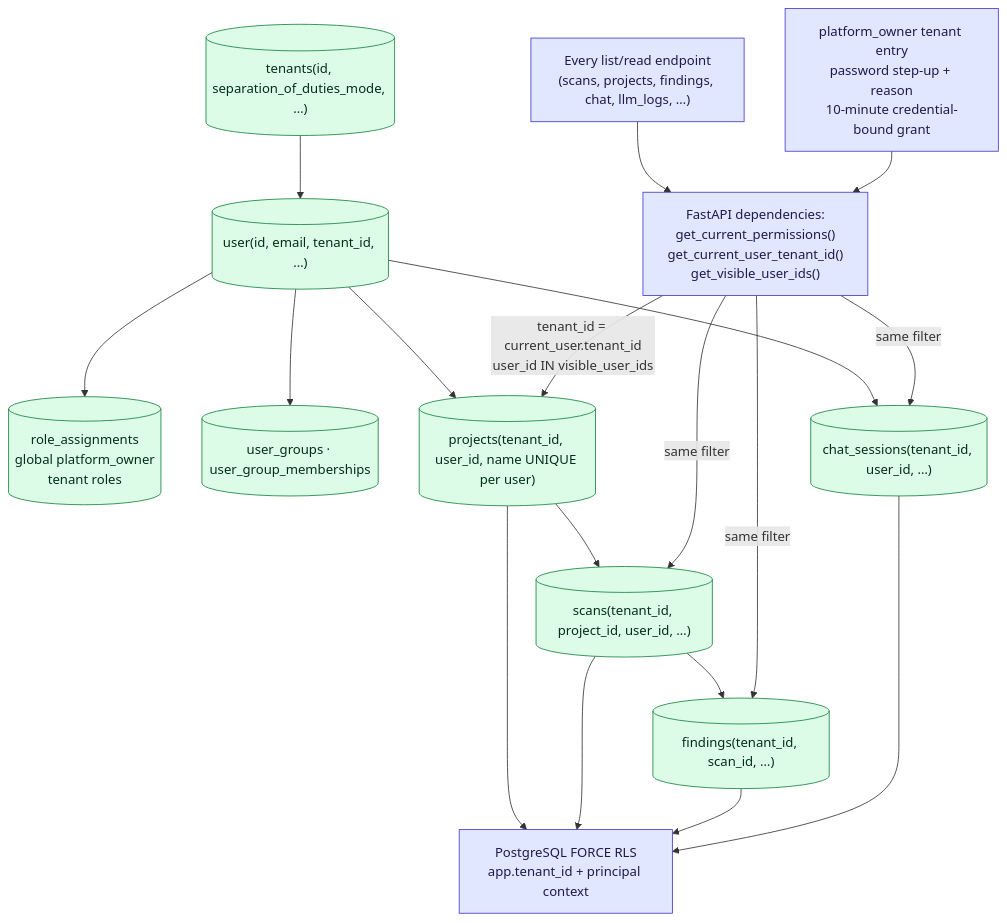
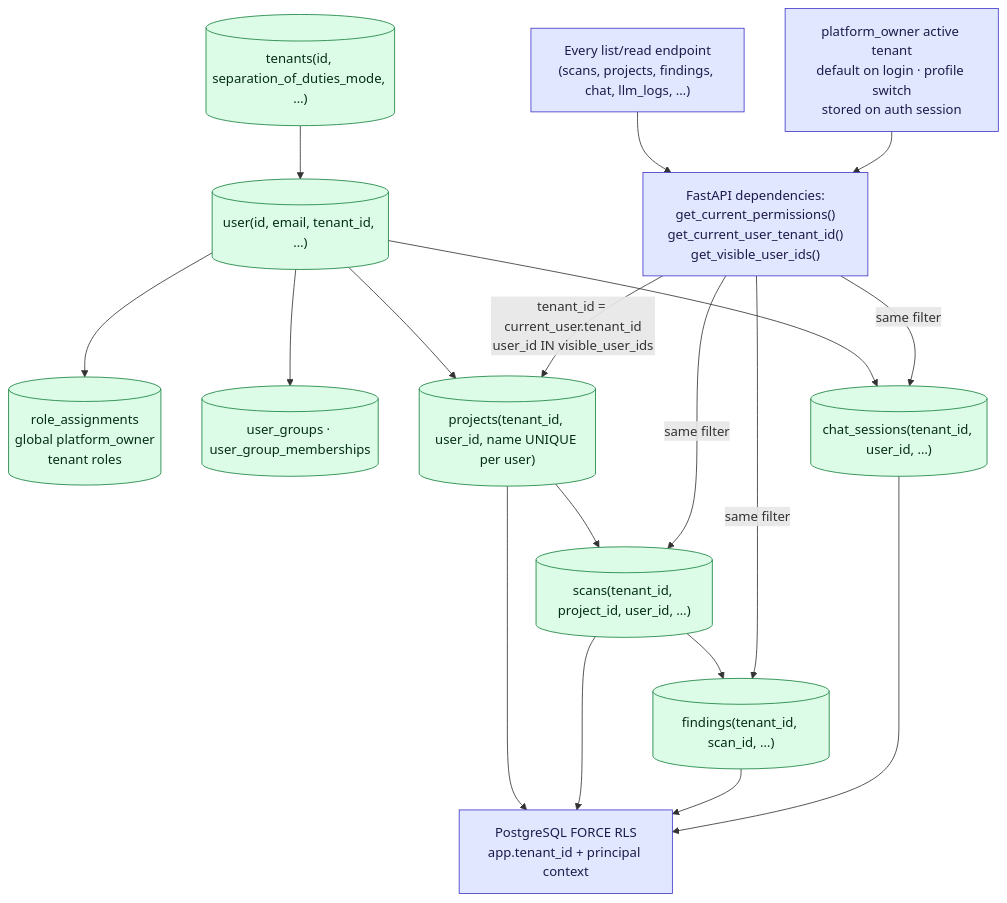
Before and after one commit to nerdy-krishna/ai-secure-coding-compliance-platform: the fourth of 5 diagrams in docs/docs/architecture/diagrams/08-auth-tenancy-sso.md, drawn with Mermaid. The commit also changed other lines of this file and 35 other files, not shown here.

Commit message:
feat(platform): finalize tenant session and compatibility updates

````diff
--- a/docs/docs/architecture/diagrams/08-auth-tenancy-sso.md
+++ b/docs/docs/architecture/diagrams/08-auth-tenancy-sso.md
@@ -137,31 +137,31 @@
 ```mermaid
 flowchart TB
     Tenants[("tenants(id, separation_of_duties_mode, …)")]:::data
     User[("user(id, email, tenant_id, …)")]:::data
     Roles[("role_assignments<br/>global platform_owner<br/>tenant roles")]:::data
     Groups[("user_groups · user_group_memberships")]:::data
     Project[("projects(tenant_id, user_id, name UNIQUE per user)")]:::data
     Scan[("scans(tenant_id, project_id, user_id, …)")]:::data
     Finding[("findings(tenant_id, scan_id, …)")]:::data
     Chat[("chat_sessions(tenant_id, user_id, …)")]:::data
     Dep["FastAPI dependencies:<br/>get_current_permissions()<br/>get_current_user_tenant_id()<br/>get_visible_user_ids()"]:::app
     Routers["Every list/read endpoint<br/>(scans, projects, findings, chat, llm_logs, …)"]:::app
     RLS["PostgreSQL FORCE RLS<br/>app.tenant_id + principal context"]:::app
-    Entry["platform_owner tenant entry<br/>password step-up + reason<br/>10-minute credential-bound grant"]:::app
+    Entry["platform_owner active tenant<br/>default on login · profile switch<br/>stored on auth session"]:::app
 
     Tenants --> User
     User --> Roles
     User --> Groups
     User --> Project --> Scan --> Finding
     User --> Chat
     Routers --> Dep
     Entry --> Dep
     Dep -- "tenant_id = current_user.tenant_id<br/>user_id IN visible_user_ids" --> Project
     Dep -- same filter --> Scan
     Dep -- same filter --> Finding
     Dep -- same filter --> Chat
     Project & Scan & Finding & Chat --> RLS
 
     classDef app  fill:#e0e7ff,stroke:#4338ca,color:#1e1b4b;
     classDef data fill:#dcfce7,stroke:#15803d,color:#052e16;
 ```
````
